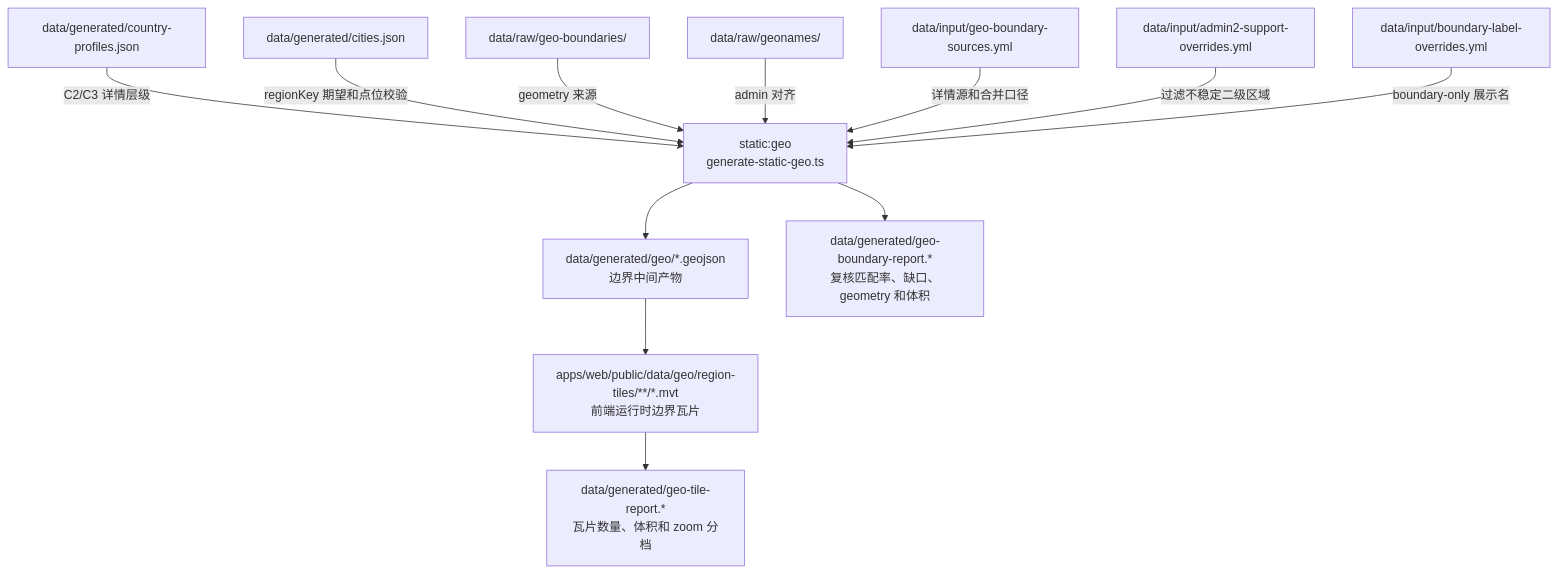
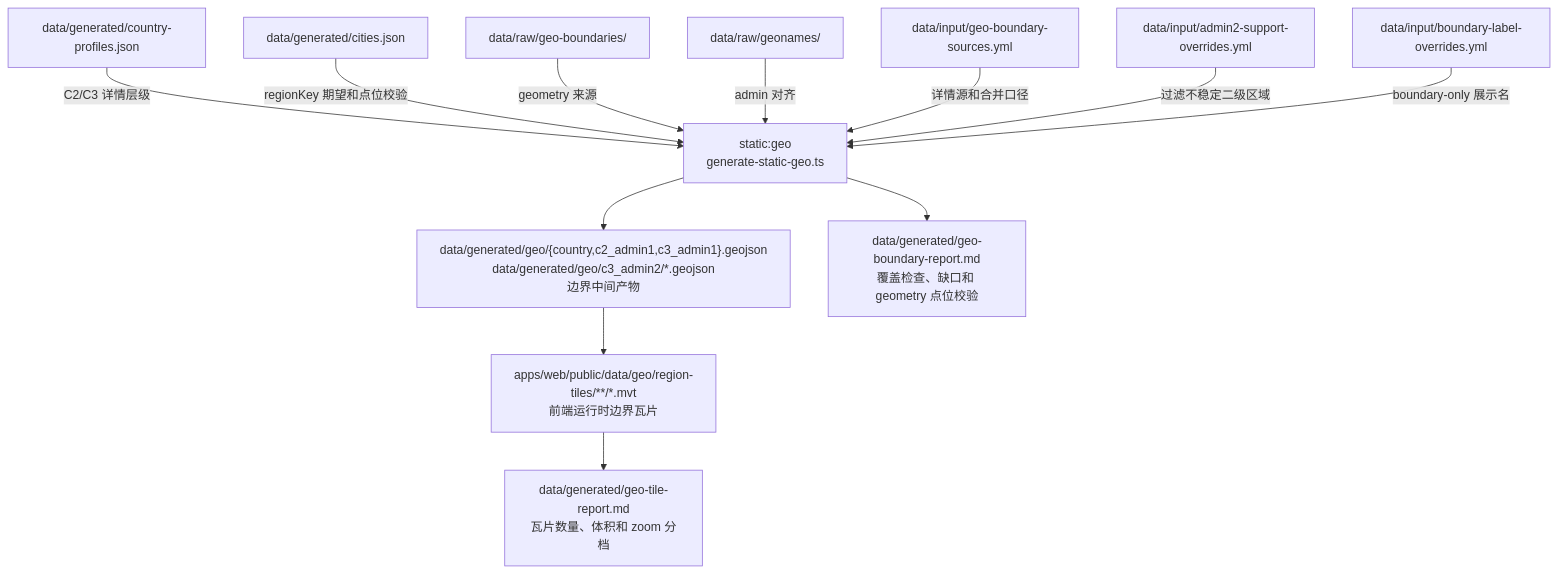
The fifth of 6 diagrams in docs/specs/31-data-flow.md (xiaomingio/weather-trip), drawn with Mermaid before and after one commit. The commit also changed other lines of this file and 56 other files, not shown here.

Commit message:
fix: harden geo boundary generation

````diff
--- a/docs/specs/31-data-flow.md
+++ b/docs/specs/31-data-flow.md
@@ -213,27 +213,27 @@
 ```mermaid
 flowchart TB
   profilesGenerated["data/generated/country-profiles.json"]
   citiesGenerated["data/generated/cities.json"]
   rawBoundary["data/raw/geo-boundaries/"]
   rawGeonames["data/raw/geonames/"]
   geoSources["data/input/geo-boundary-sources.yml"]
   boundaryLabels["data/input/boundary-label-overrides.yml"]
   admin2Support["data/input/admin2-support-overrides.yml"]
   generateGeo["static:geo<br/>generate-static-geo.ts"]
-  publicGeo["data/generated/geo/*.geojson<br/>边界中间产物"]
+  publicGeo["data/generated/geo/{country,c2_admin1,c3_admin1}.geojson<br/>data/generated/geo/c3_admin2/*.geojson<br/>边界中间产物"]
   geoTiles["apps/web/public/data/geo/region-tiles/**/*.mvt<br/>前端运行时边界瓦片"]
-  geoReport["data/generated/geo-boundary-report.*<br/>复核匹配率、缺口、geometry 和体积"]
-  tileReport["data/generated/geo-tile-report.*<br/>瓦片数量、体积和 zoom 分档"]
+  geoReport["data/generated/geo-boundary-report.md<br/>覆盖检查、缺口和 geometry 点位校验"]
+  tileReport["data/generated/geo-tile-report.md<br/>瓦片数量、体积和 zoom 分档"]
 
   profilesGenerated -->|C2/C3 详情层级| generateGeo
   citiesGenerated -->|regionKey 期望和点位校验| generateGeo
   rawBoundary -->|geometry 来源| generateGeo
   rawGeonames -->|admin 对齐| generateGeo
   geoSources -->|详情源和合并口径| generateGeo
   admin2Support -->|过滤不稳定二级区域| generateGeo
   boundaryLabels -->|boundary-only 展示名| generateGeo
   generateGeo --> publicGeo
   generateGeo --> geoReport
   publicGeo --> geoTiles
   geoTiles --> tileReport
 ```
````
